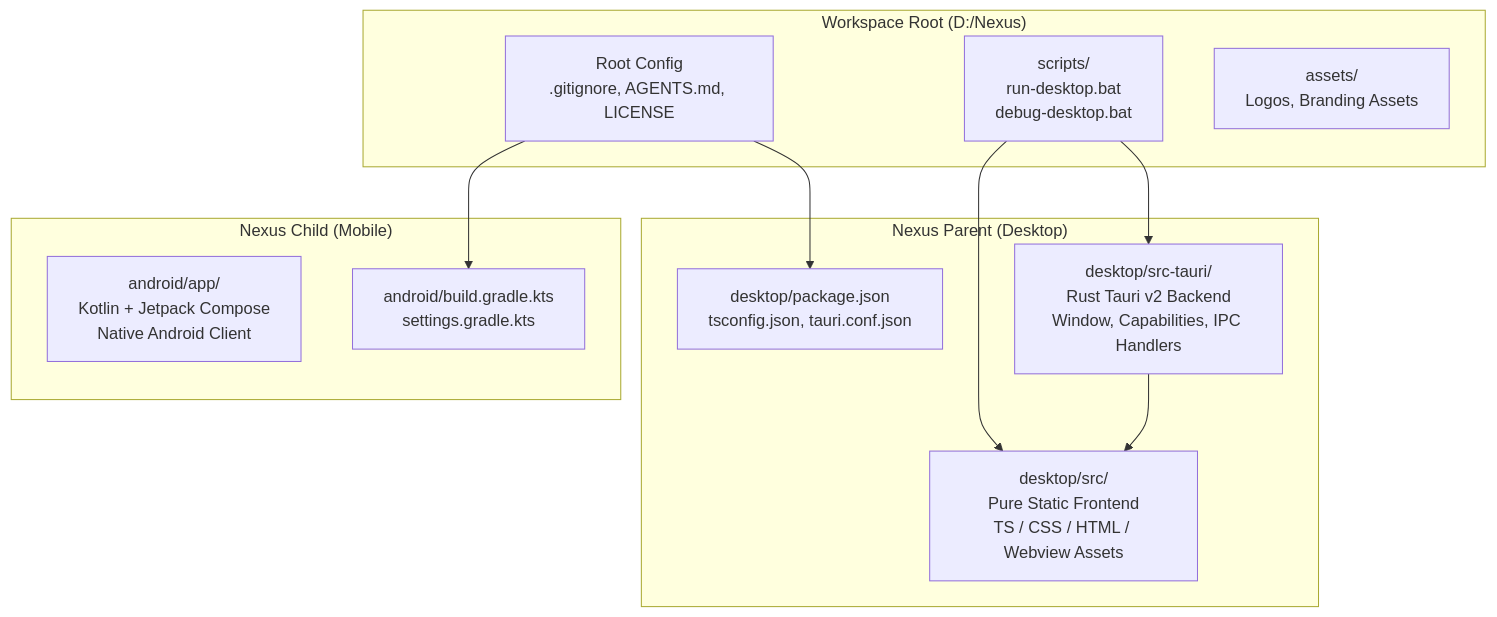
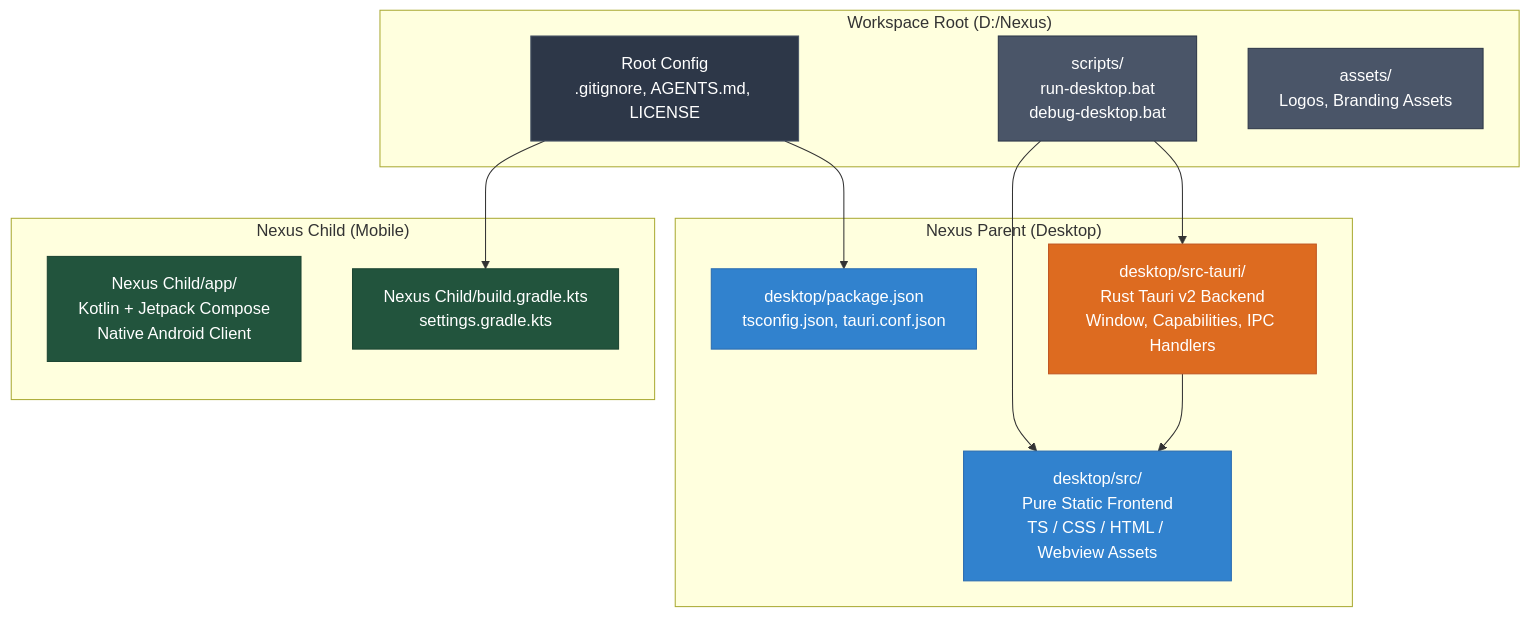
Before and after one commit to lukagray-dev/Nexus: the second of 2 diagrams in README.md, drawn with Mermaid. The commit also changed other lines of this file and 3 other files, not shown here.

Commit message:
docs: overhaul README with architecture mindmap, specifications matrix, and media demos

````diff
--- a/README.md
+++ b/README.md
@@ -122,25 +198,34 @@
 ```mermaid
 graph TD
     subgraph "Workspace Root (D:/Nexus)"
         ROOT_CONF[Root Config<br/>.gitignore, AGENTS.md, LICENSE]
         SCRIPTS[scripts/<br/>run-desktop.bat<br/>debug-desktop.bat]
         ASSETS[assets/<br/>Logos, Branding Assets]
     end
 
     subgraph "Nexus Parent (Desktop)"
         DESKTOP_TAURI[desktop/src-tauri/<br/>Rust Tauri v2 Backend<br/>Window, Capabilities, IPC Handlers]
         DESKTOP_UI[desktop/src/<br/>Pure Static Frontend<br/>TS / CSS / HTML / Webview Assets]
         DESKTOP_CONF[desktop/package.json<br/>tsconfig.json, tauri.conf.json]
     end
 
     subgraph "Nexus Child (Mobile)"
-        ANDROID_APP[android/app/<br/>Kotlin + Jetpack Compose<br/>Native Android Client]
-        GRADLE_CONF[android/build.gradle.kts<br/>settings.gradle.kts]
+        ANDROID_APP[Nexus Child/app/<br/>Kotlin + Jetpack Compose<br/>Native Android Client]
+        GRADLE_CONF[Nexus Child/build.gradle.kts<br/>settings.gradle.kts]
     end
 
     SCRIPTS --> DESKTOP_TAURI
     SCRIPTS --> DESKTOP_UI
     DESKTOP_TAURI --> DESKTOP_UI
     ROOT_CONF --> DESKTOP_CONF
     ROOT_CONF --> GRADLE_CONF
+
+    style ROOT_CONF fill:#2D3748,stroke:#4A5568,color:#fff
+    style SCRIPTS fill:#4A5568,stroke:#2D3748,color:#fff
+    style ASSETS fill:#4A5568,stroke:#2D3748,color:#fff
+    style DESKTOP_TAURI fill:#DD6B20,stroke:#C05621,color:#fff
+    style DESKTOP_UI fill:#3182CE,stroke:#2B6CB0,color:#fff
+    style DESKTOP_CONF fill:#3182CE,stroke:#2B6CB0,color:#fff
+    style ANDROID_APP fill:#22543D,stroke:#1C4532,color:#fff
+    style GRADLE_CONF fill:#22543D,stroke:#1C4532,color:#fff
 ```
````
